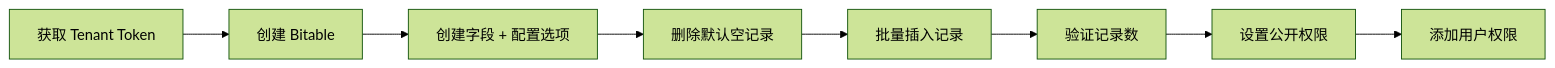
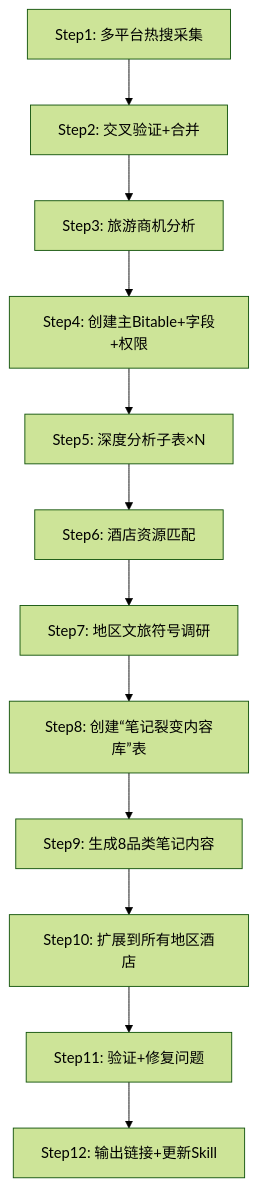
The diagram in skills/hotspot-bitable-analysis/SKILL.md (EdithJenius/Vtp), drawn with Mermaid (forest theme) before and after one commit. The commit also changed other lines of this file, not shown here.

````diff
--- a/skills/hotspot-bitable-analysis/SKILL.md
+++ b/skills/hotspot-bitable-analysis/SKILL.md
@@ -244,10 +59,14 @@
 ```mermaid
-flowchart LR
-  A[获取 Tenant Token] --> B[创建 Bitable]
-  B --> C[创建字段 + 配置选项]
-  C --> D[删除默认空记录]
-  D --> E[批量插入记录]
-  E --> F[验证记录数]
-  F --> G[设置公开权限]
-  G --> H[添加用户权限]
+flowchart TD
+  A[Step1: 多平台热搜采集] --> B[Step2: 交叉验证+合并]
+  B --> C[Step3: 旅游商机分析]
+  C --> D[Step4: 创建主Bitable+字段+权限]
+  D --> E[Step5: 深度分析子表×N]
+  E --> F[Step6: 酒店资源匹配]
+  F --> G[Step7: 地区文旅符号调研]
+  G --> H[Step8: 创建“笔记裂变内容库”表]
+  H --> I[Step9: 生成8品类笔记内容]
+  I --> J[Step10: 扩展到所有地区酒店]
+  J --> K[Step11: 验证+修复问题]
+  K --> L[Step12: 输出链接+更新Skill]
 ```
````
